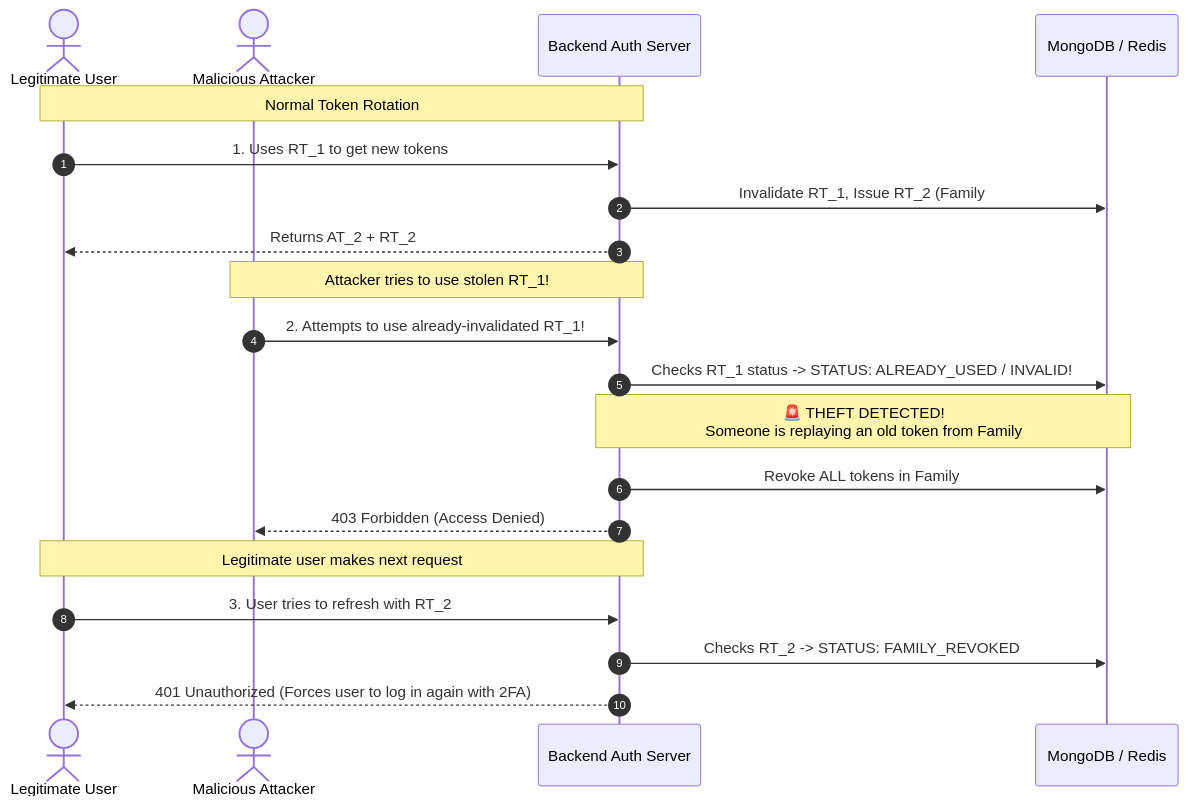
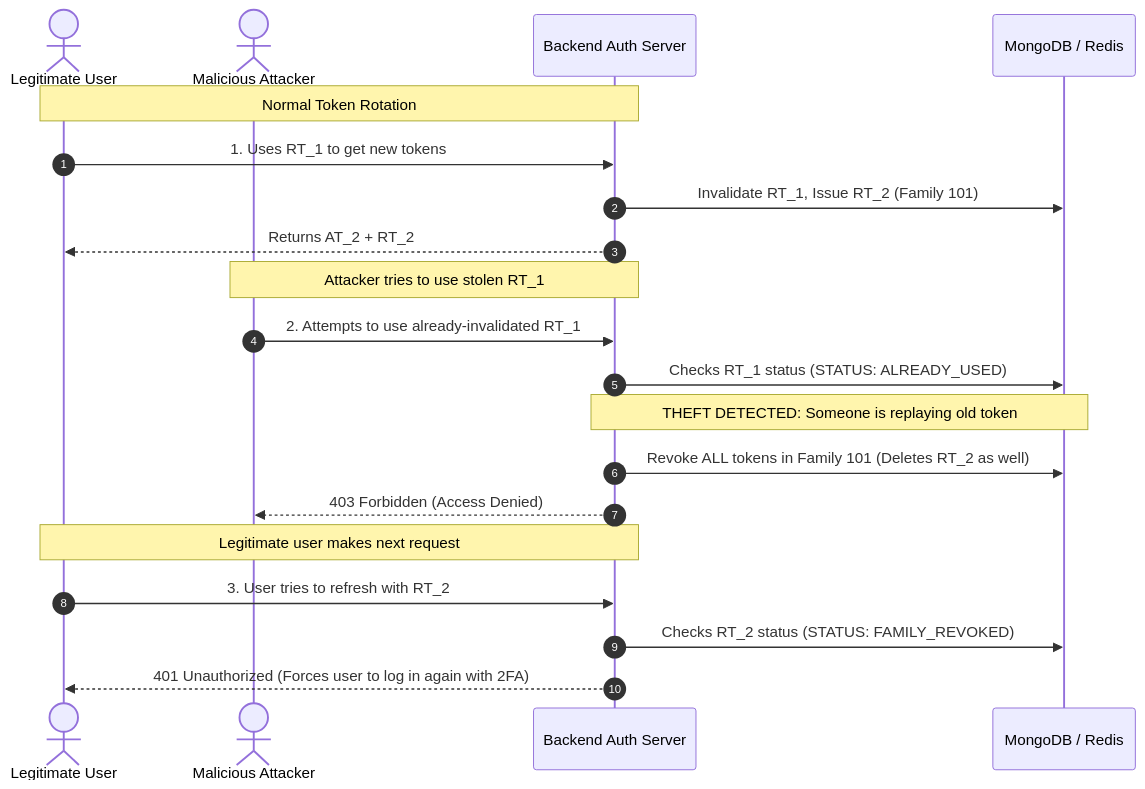
The fourth of 8 diagrams in System_Design/09_Design_Auth_Access_Refresh_Token.md (Nishant8826/theory-leaning), drawn with Mermaid before and after one commit. The commit also changed other lines of this file, not shown here.

````diff
--- a/System_Design/09_Design_Auth_Access_Refresh_Token.md
+++ b/System_Design/09_Design_Auth_Access_Refresh_Token.md
@@ -172,25 +172,25 @@
 ```mermaid
 sequenceDiagram
     autonumber
     actor User as Legitimate User
     actor Attacker as Malicious Attacker
     participant Server as Backend Auth Server
     participant DB as MongoDB / Redis
 
     Note over User,Server: Normal Token Rotation
     User->>Server: 1. Uses RT_1 to get new tokens
-    Server->>DB: Invalidate RT_1, Issue RT_2 (Family #101)
+    Server->>DB: Invalidate RT_1, Issue RT_2 (Family 101)
     Server-->>User: Returns AT_2 + RT_2
 
-    Note over Attacker,Server: Attacker tries to use stolen RT_1!
-    Attacker->>Server: 2. Attempts to use already-invalidated RT_1!
-    Server->>DB: Checks RT_1 status -> STATUS: ALREADY_USED / INVALID!
-    Note over Server,DB: 🚨 THEFT DETECTED! <br> Someone is replaying an old token from Family #101!
-    Server->>DB: Revoke ALL tokens in Family #101 (Deletes RT_2 as well)
+    Note over Attacker,Server: Attacker tries to use stolen RT_1
+    Attacker->>Server: 2. Attempts to use already-invalidated RT_1
+    Server->>DB: Checks RT_1 status (STATUS: ALREADY_USED)
+    Note over Server,DB: THEFT DETECTED: Someone is replaying old token
+    Server->>DB: Revoke ALL tokens in Family 101 (Deletes RT_2 as well)
     Server-->>Attacker: 403 Forbidden (Access Denied)
     
     Note over User,Server: Legitimate user makes next request
     User->>Server: 3. User tries to refresh with RT_2
-    Server->>DB: Checks RT_2 -> STATUS: FAMILY_REVOKED
+    Server->>DB: Checks RT_2 status (STATUS: FAMILY_REVOKED)
     Server-->>User: 401 Unauthorized (Forces user to log in again with 2FA)
 ```
````
